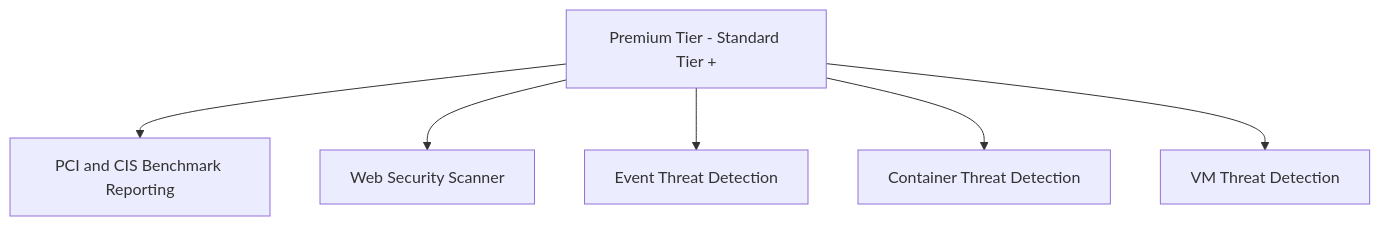
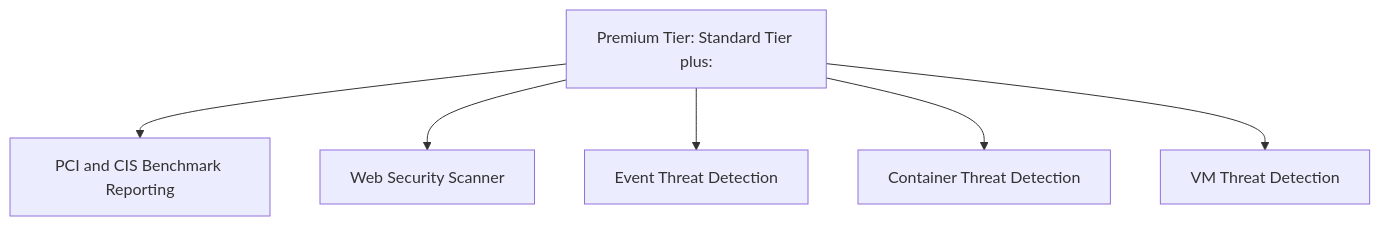
One commit to adrianbacceli/Knowledge_Management changed the seventh of 7 diagrams in content/Infrastructure/Cloud/Google Cloud Security.md. Above: the diagram before and after it, drawn with Mermaid.

Commit message:
Update Google Cloud Security.md

````diff
--- a/content/Infrastructure/Cloud/Google Cloud Security.md
+++ b/content/Infrastructure/Cloud/Google Cloud Security.md
@@ -402,10 +402,10 @@
 ```mermaid
 graph TD
-   D[Premium Tier - Standard Tier + ]
+   D[Premium Tier: Standard Tier plus:  ]
 
   D --> E[PCI and CIS Benchmark Reporting]
   D --> F[Web Security Scanner]
   D --> G[Event Threat Detection]
   D --> H[Container Threat Detection]
   D --> I[VM Threat Detection]
   ```
````
